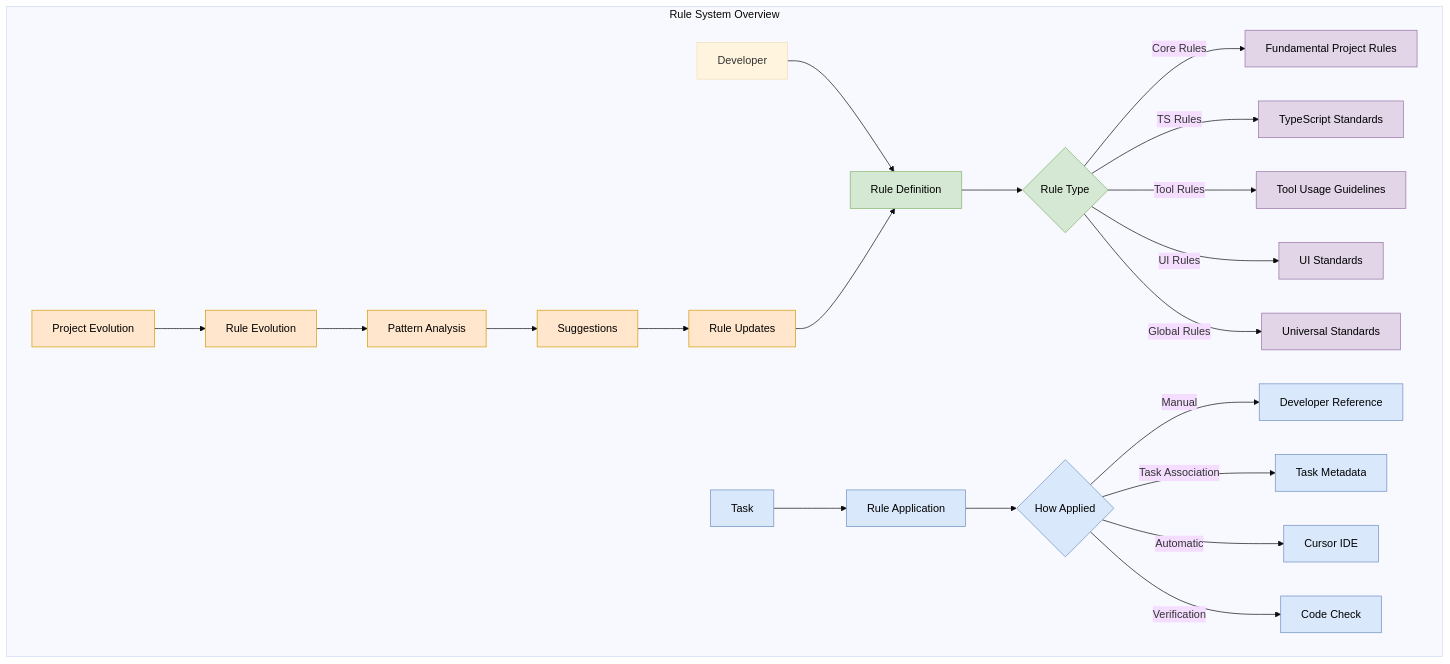
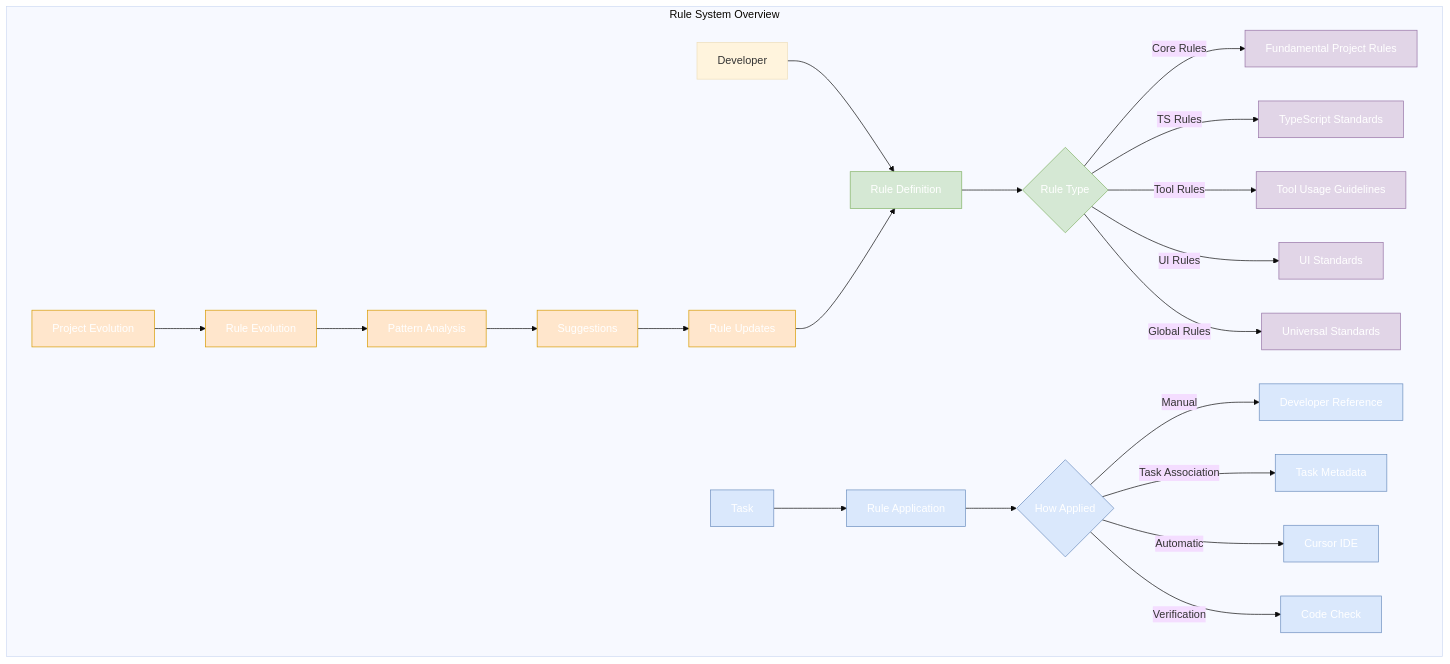
The fourth of 4 diagrams in docs/workflow-guide.md (colours93/cursor_workflow), drawn with Mermaid (base theme) before and after one commit. The commit also changed other lines of this file, not shown here.

Commit message:
Update diagram with dark theme and vibrant colors

````diff
--- a/docs/workflow-guide.md
+++ b/docs/workflow-guide.md
@@ -479,36 +483,36 @@
 ```mermaid
 graph TD
     subgraph "Rule System Overview"
         A[Developer] --> B[Rule Definition]
         B --> C{Rule Type}
         C -->|Core Rules| D[Fundamental Project Rules]
         C -->|TS Rules| E[TypeScript Standards]
         C -->|Tool Rules| F[Tool Usage Guidelines]
         C -->|UI Rules| G[UI Standards]
         C -->|Global Rules| H[Universal Standards]
         
         I[Task] --> J[Rule Application]
         J --> K{How Applied}
         K -->|Manual| L[Developer Reference]
         K -->|Task Association| M[Task Metadata]
         K -->|Automatic| N[Cursor IDE]
         K -->|Verification| O[Code Check]
         
         P[Project Evolution] --> Q[Rule Evolution]
         Q --> R[Pattern Analysis]
         R --> S[Suggestions]
         S --> T[Rule Updates]
         T --> B
         
-        classDef definition fill:#d5e8d4,stroke:#82b366,stroke-width:1px,color:black;
-        classDef application fill:#dae8fc,stroke:#6c8ebf,stroke-width:1px,color:black;
-        classDef evolution fill:#ffe6cc,stroke:#d79b00,stroke-width:1px,color:black;
-        classDef type fill:#e1d5e7,stroke:#9673a6,stroke-width:1px,color:black;
+        classDef definition fill:#d5e8d4,stroke:#82b366,stroke-width:1px,color:#FFFFFF;
+        classDef application fill:#dae8fc,stroke:#6c8ebf,stroke-width:1px,color:#FFFFFF;
+        classDef evolution fill:#ffe6cc,stroke:#d79b00,stroke-width:1px,color:#FFFFFF;
+        classDef type fill:#e1d5e7,stroke:#9673a6,stroke-width:1px,color:#FFFFFF;
         
         class B,C definition;
         class D,E,F,G,H type;
         class I,J,K application;
         class L,M,N,O application;
         class P,Q,R,S,T evolution;
     end
 ```
````
